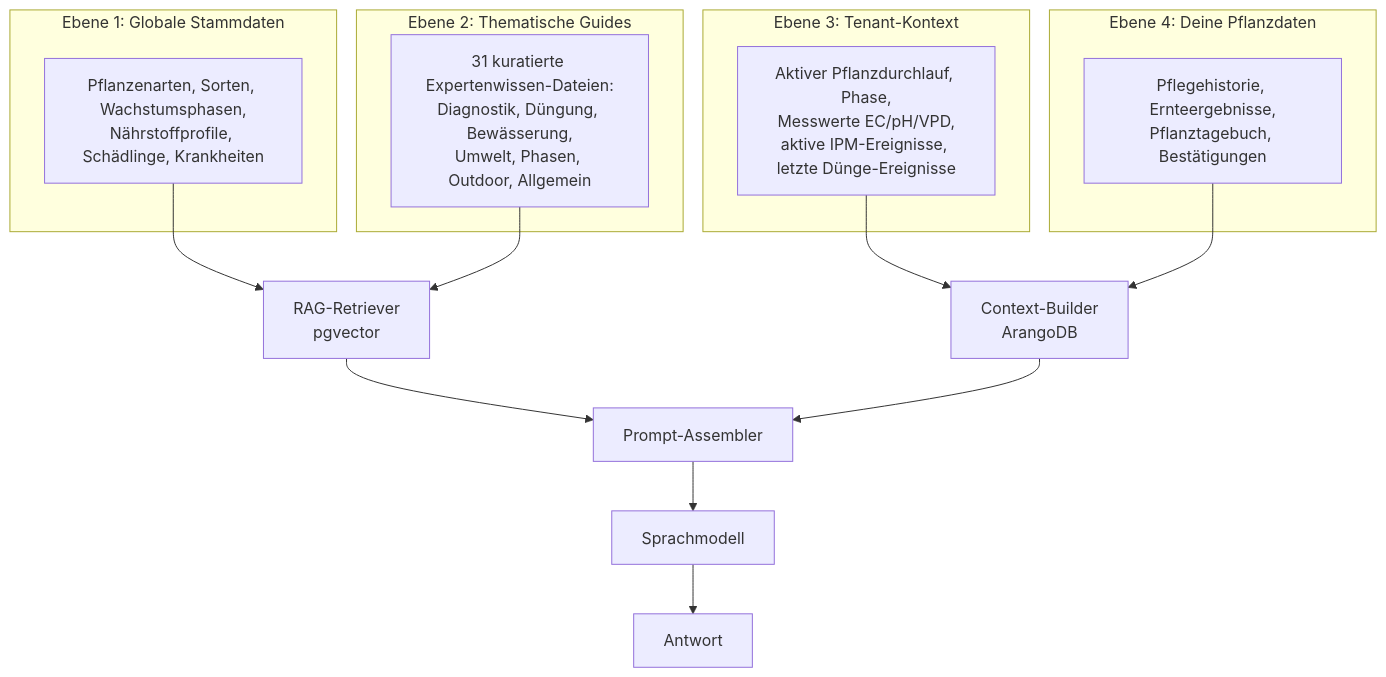
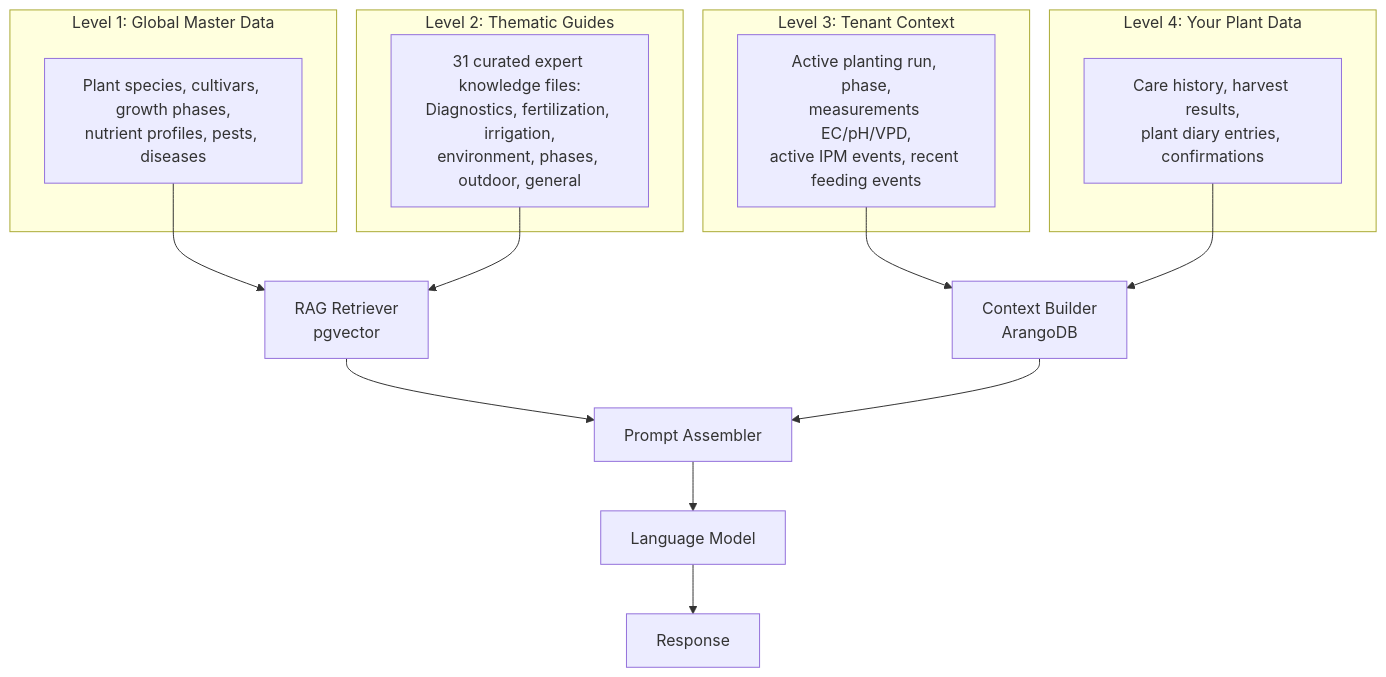
One commit to nolte/kamerplanter changed the diagram in docs/de/guides/rag-knowledge-base.md. Above: the diagram before and after it, drawn with Mermaid. The commit also changed other lines of this file and 44 other files, not shown here.

First line of the commit message:
docs: make all Mermaid diagrams spec-compliant (repo-wide sweep)

````diff
--- a/docs/de/guides/rag-knowledge-base.md
+++ b/docs/de/guides/rag-knowledge-base.md
@@ -25,28 +26,28 @@
 ```mermaid
-graph TB
-    subgraph "Ebene 1: Globale Stammdaten"
-        E1[Pflanzenarten, Sorten, Wachstumsphasen,<br/>Nährstoffprofile, Schädlinge, Krankheiten]
+flowchart TB
+    subgraph "Level 1: Global Master Data"
+        E1[Plant species, cultivars, growth phases,<br/>nutrient profiles, pests, diseases]
     end
 
-    subgraph "Ebene 2: Thematische Guides"
-        E2[31 kuratierte Expertenwissen-Dateien:<br/>Diagnostik, Düngung, Bewässerung,<br/>Umwelt, Phasen, Outdoor, Allgemein]
+    subgraph "Level 2: Thematic Guides"
+        E2[31 curated expert knowledge files:<br/>Diagnostics, fertilization, irrigation,<br/>environment, phases, outdoor, general]
     end
 
-    subgraph "Ebene 3: Tenant-Kontext"
-        E3[Aktiver Pflanzdurchlauf, Phase,<br/>Messwerte EC/pH/VPD,<br/>aktive IPM-Ereignisse, letzte Dünge-Ereignisse]
+    subgraph "Level 3: Tenant Context"
+        E3[Active planting run, phase,<br/>measurements EC/pH/VPD,<br/>active IPM events, recent feeding events]
     end
 
-    subgraph "Ebene 4: Deine Pflanzdaten"
-        E4[Pflegehistorie, Ernteergebnisse,<br/>Pflanztagebuch, Bestätigungen]
+    subgraph "Level 4: Your Plant Data"
+        E4[Care history, harvest results,<br/>plant diary entries, confirmations]
     end
 
-    E1 --> RAG[RAG-Retriever<br/>pgvector]
+    E1 --> RAG[RAG Retriever<br/>pgvector]
     E2 --> RAG
-    E3 --> CB[Context-Builder<br/>ArangoDB]
+    E3 --> CB[Context Builder<br/>ArangoDB]
     E4 --> CB
 
-    RAG --> PA[Prompt-Assembler]
+    RAG --> PA[Prompt Assembler]
     CB --> PA
-    PA --> LLM[Sprachmodell]
-    LLM --> Antwort
+    PA --> LLM[Language Model]
+    LLM --> Response
 ```
````
